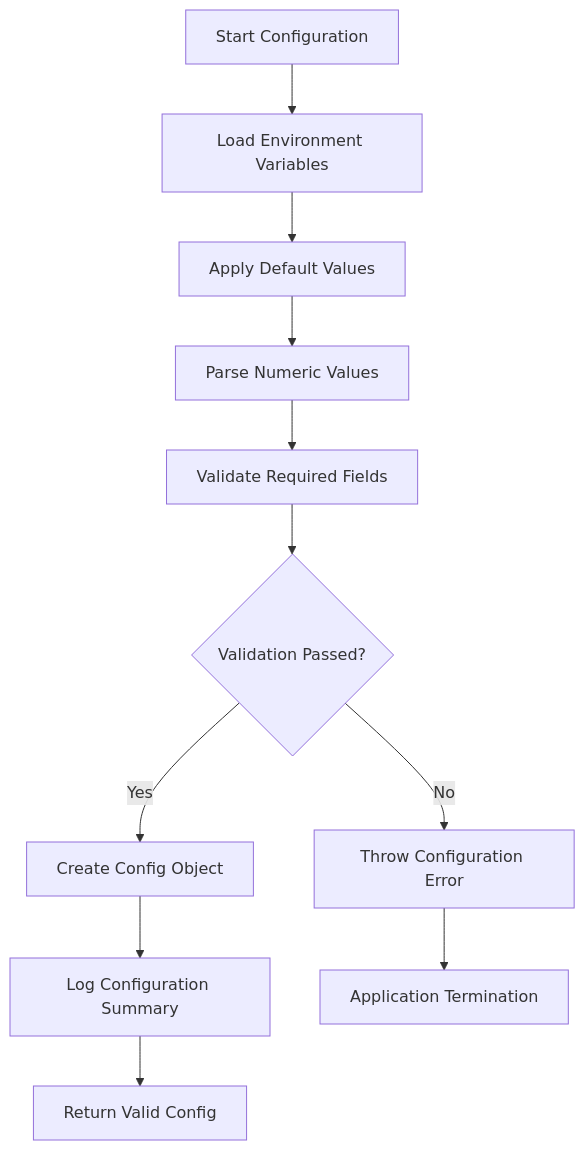
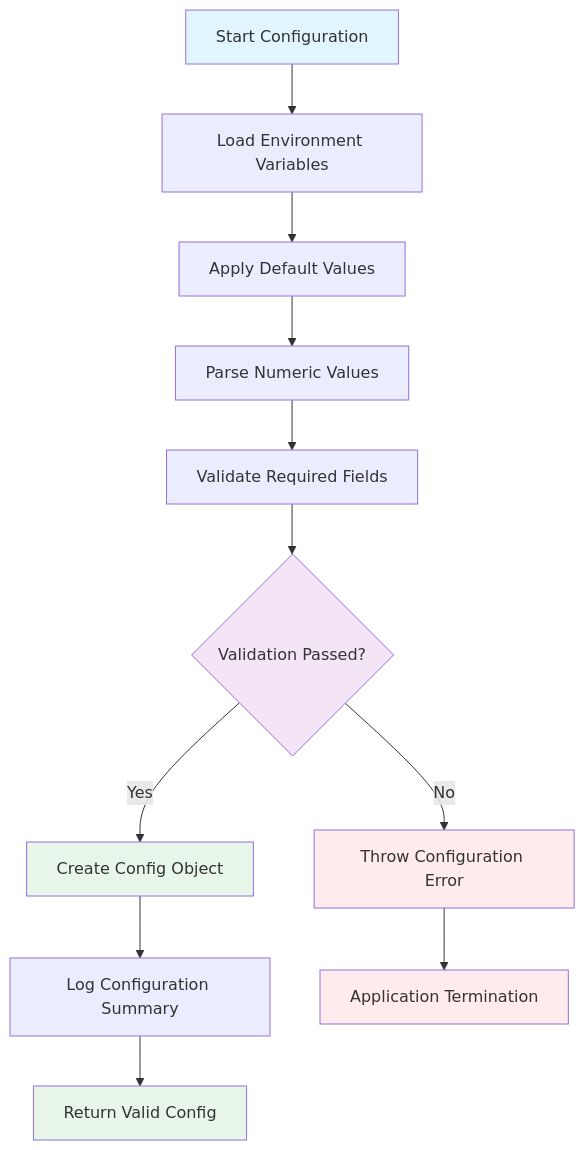
One commit to substance0/claudepulse changed the ninth of 11 diagrams in docs/workflow-diagrams.md. Above: the diagram before and after it, drawn with Mermaid. The commit also changed other lines of this file and 38 other files, not shown here.

````diff
--- a/docs/workflow-diagrams.md
+++ b/docs/workflow-diagrams.md
@@ -381,13 +538,21 @@
 ```mermaid
 graph TD
     A[Start Configuration] --> B[Load Environment Variables]
     B --> C[Apply Default Values]
     C --> D[Parse Numeric Values]
     D --> E[Validate Required Fields]
     E --> F{Validation Passed?}
     F -->|No| G[Throw Configuration Error]
     F -->|Yes| H[Create Config Object]
     H --> I[Log Configuration Summary]
     I --> J[Return Valid Config]
     G --> K[Application Termination]
+
+    %% Consistent styling
+    style A fill:#e1f5fe
+    style F fill:#f3e5f5
+    style G fill:#ffebee
+    style H fill:#e8f5e9
+    style J fill:#e8f5e9
+    style K fill:#ffebee
 ```
````
